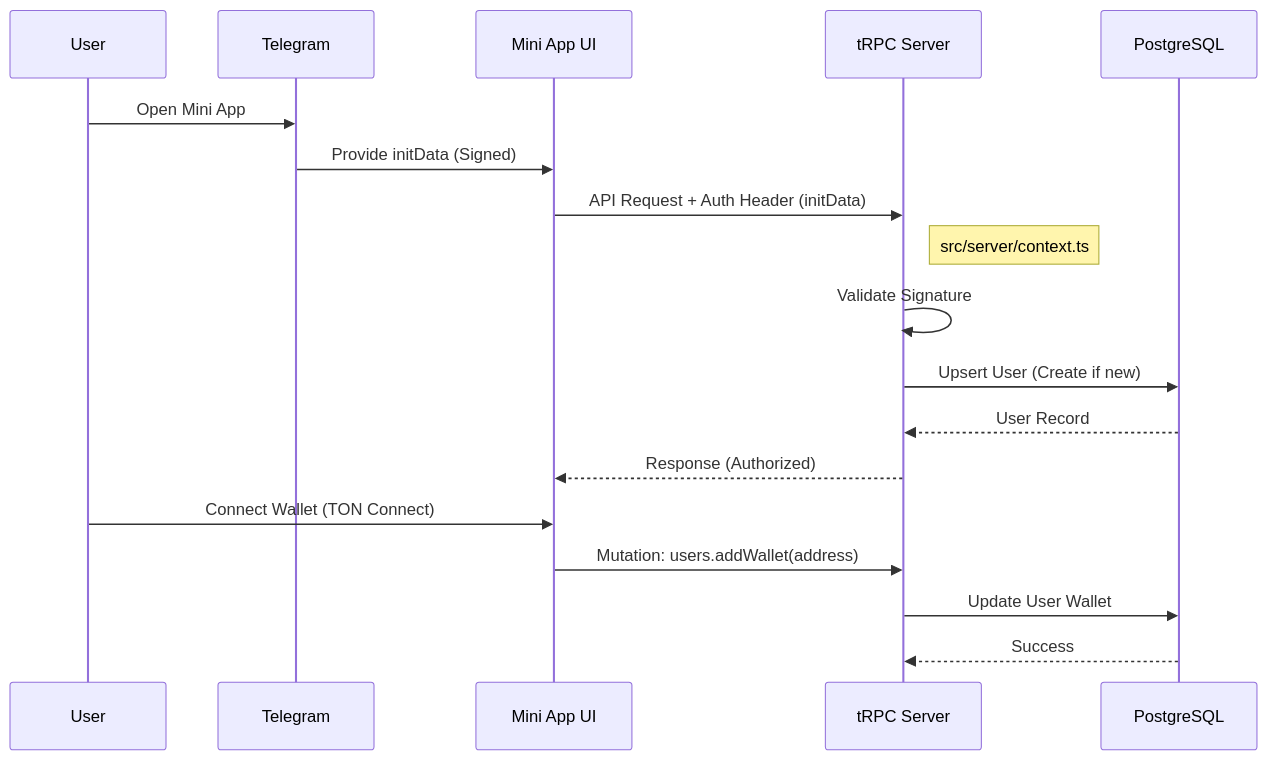
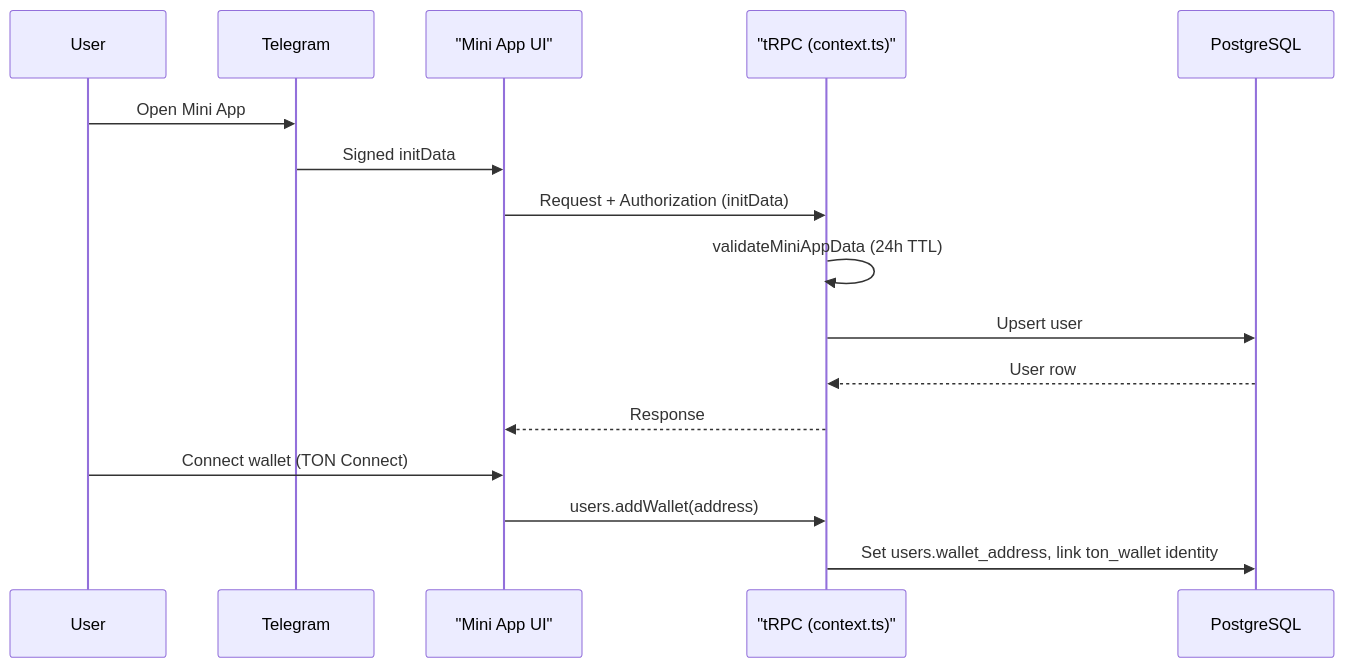
The diagram in knowledge_base/user_onboarding.md (ExecutESG/onton), drawn with Mermaid before and after one commit. The commit also changed other lines of this file and 41 other files, not shown here.

````diff
--- a/knowledge_base/user_onboarding.md
+++ b/knowledge_base/user_onboarding.md
@@ -36,24 +23,19 @@
 ```mermaid
 sequenceDiagram
     participant User
     participant Telegram
-    participant Frontend as Mini App UI
-    participant Backend as tRPC Server
+    participant UI as "Mini App UI"
+    participant API as "tRPC (context.ts)"
     participant DB as PostgreSQL
 
     User->>Telegram: Open Mini App
-    Telegram->>Frontend: Provide initData (Signed)
-    
-    Frontend->>Backend: API Request + Auth Header (initData)
-    
-    note right of Backend: src/server/context.ts
-    Backend->>Backend: Validate Signature
-    Backend->>DB: Upsert User (Create if new)
-    DB-->>Backend: User Record
-    Backend-->>Frontend: Response (Authorized)
-
-    User->>Frontend: Connect Wallet (TON Connect)
-    Frontend->>Backend: Mutation: users.addWallet(address)
-    Backend->>DB: Update User Wallet
-    DB-->>Backend: Success
+    Telegram->>UI: Signed initData
+    UI->>API: Request + Authorization (initData)
+    API->>API: validateMiniAppData (24h TTL)
+    API->>DB: Upsert user
+    DB-->>API: User row
+    API-->>UI: Response
+    User->>UI: Connect wallet (TON Connect)
+    UI->>API: users.addWallet(address)
+    API->>DB: Set users.wallet_address, link ton_wallet identity
 ```
````
